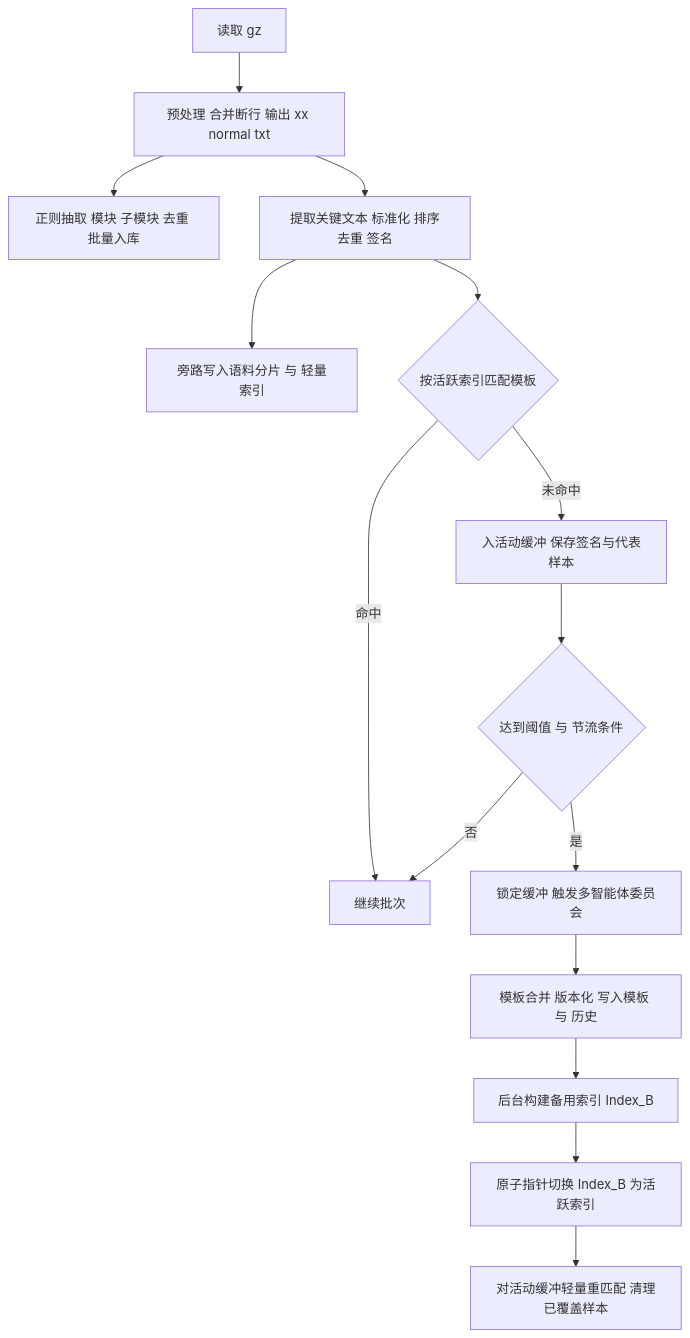
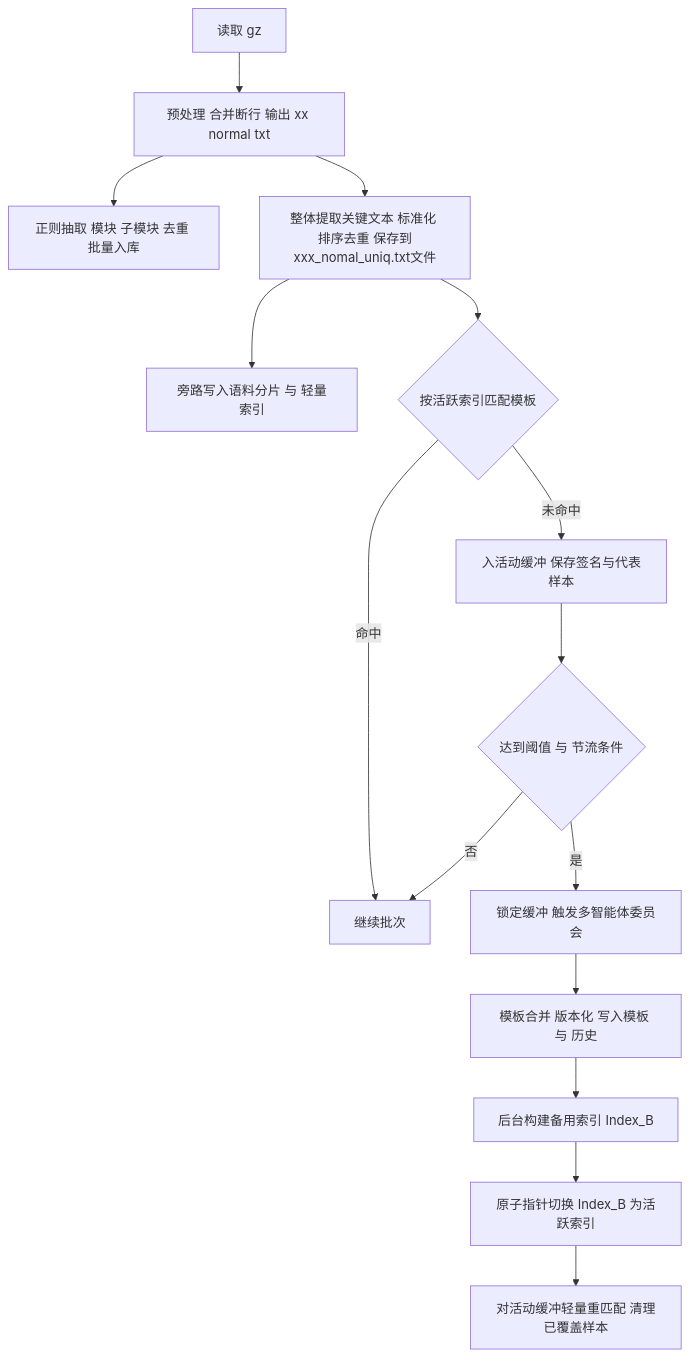
The second of 6 diagrams in docs/9.md (guangzhou/log_analyzer_imp), drawn with Mermaid before and after one commit. The commit also changed 35 other files, not shown here.

````diff
--- a/docs/9.md
+++ b/docs/9.md
@@ -50,17 +50,17 @@
 ```mermaid
 graph TD
   A1[读取 gz] --> A2[预处理 合并断行 输出 xx normal txt]
   A2 --> A3[正则抽取 模块 子模块 去重 批量入库]
-  A2 --> A4[提取关键文本 标准化 排序去重 签名]
+  A2 --> A4[整体提取关键文本 标准化 排序去重 保存到xxx_nomal_uniq.txt文件]
   A4 --> COR[旁路写入语料分片 与 轻量索引]
   A4 --> A5{按活跃索引匹配模板}
   A5 -- 命中 --> A6[继续批次]
   A5 -- 未命中 --> A7[入活动缓冲 保存签名与代表样本]
   A7 --> A8{达到阈值 与 节流条件}
   A8 -- 否 --> A6
   A8 -- 是 --> A9[锁定缓冲 触发多智能体委员会]
   A9 --> A10[模板合并 版本化 写入模板 与 历史]
   A10 --> A11[后台构建备用索引 Index_B]
   A11 --> A12[原子指针切换 Index_B 为活跃索引]
   A12 --> A13[对活动缓冲轻量重匹配 清理已覆盖样本]
 ```
````
